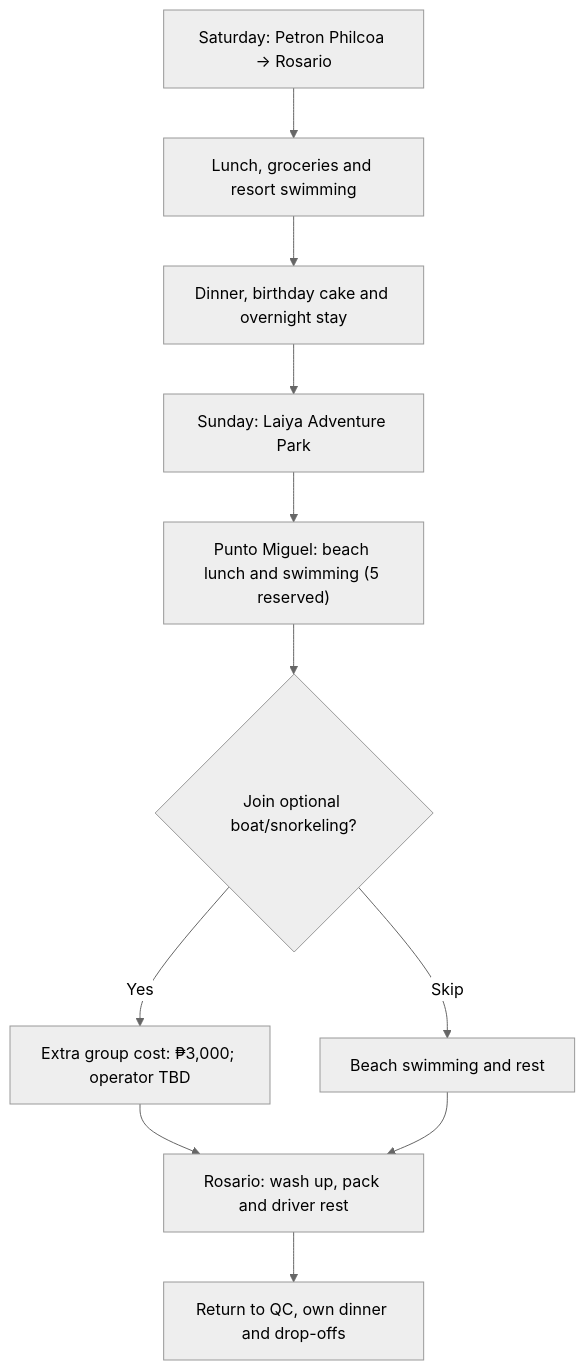
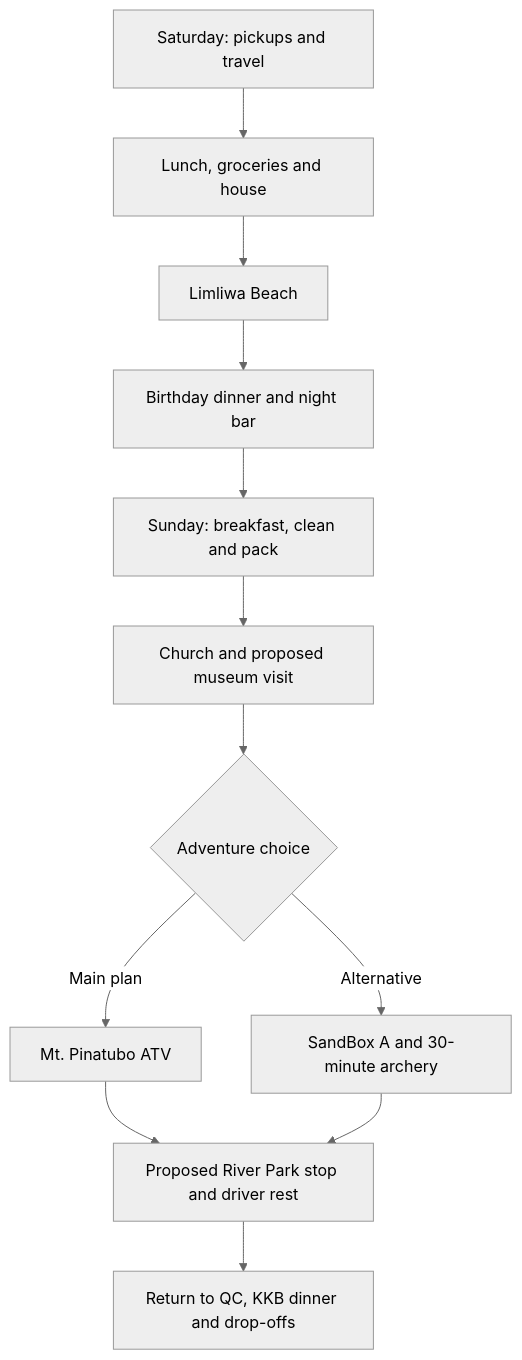
The diagram in assets/trip-flow.mmd (itsmcliam/Birthday-Plan), drawn with Mermaid (neutral theme) before and after one commit. The commit also changed 5 other files, not shown here.

Commit message:
Replace birthday plan with approved Zambales itinerary and updated sharing assets

```diff
--- a/assets/trip-flow.mmd
+++ b/assets/trip-flow.mmd
@@ -1,11 +1,12 @@
 flowchart TD
-    A["Saturday: Petron Philcoa → Rosario"] --> B["Lunch, groceries and resort swimming"]
-    B --> C["Dinner, birthday cake and overnight stay"]
-    C --> D["Sunday: Laiya Adventure Park"]
-    D --> E["Punto Miguel: beach lunch and swimming (5 reserved)"]
-    E --> F{"Join optional boat/snorkeling?"}
-    F -->|Yes| G["Extra group cost: ₱3,000; operator TBD"]
-    F -->|Skip| H["Beach swimming and rest"]
-    G --> I["Rosario: wash up, pack and driver rest"]
-    H --> I
-    I --> J["Return to QC, own dinner and drop-offs"]
+    A["Saturday: pickups and travel"] --> B["Lunch, groceries and house"]
+    B --> C["Limliwa Beach"]
+    C --> D["Birthday dinner and night bar"]
+    D --> E["Sunday: breakfast, clean and pack"]
+    E --> F["Church and proposed museum visit"]
+    F --> G{"Adventure choice"}
+    G -->|"Main plan"| H["Mt. Pinatubo ATV"]
+    G -->|"Alternative"| I["SandBox A and 30-minute archery"]
+    H --> J["Proposed River Park stop and driver rest"]
+    I --> J
+    J --> K["Return to QC, KKB dinner and drop-offs"]
```
